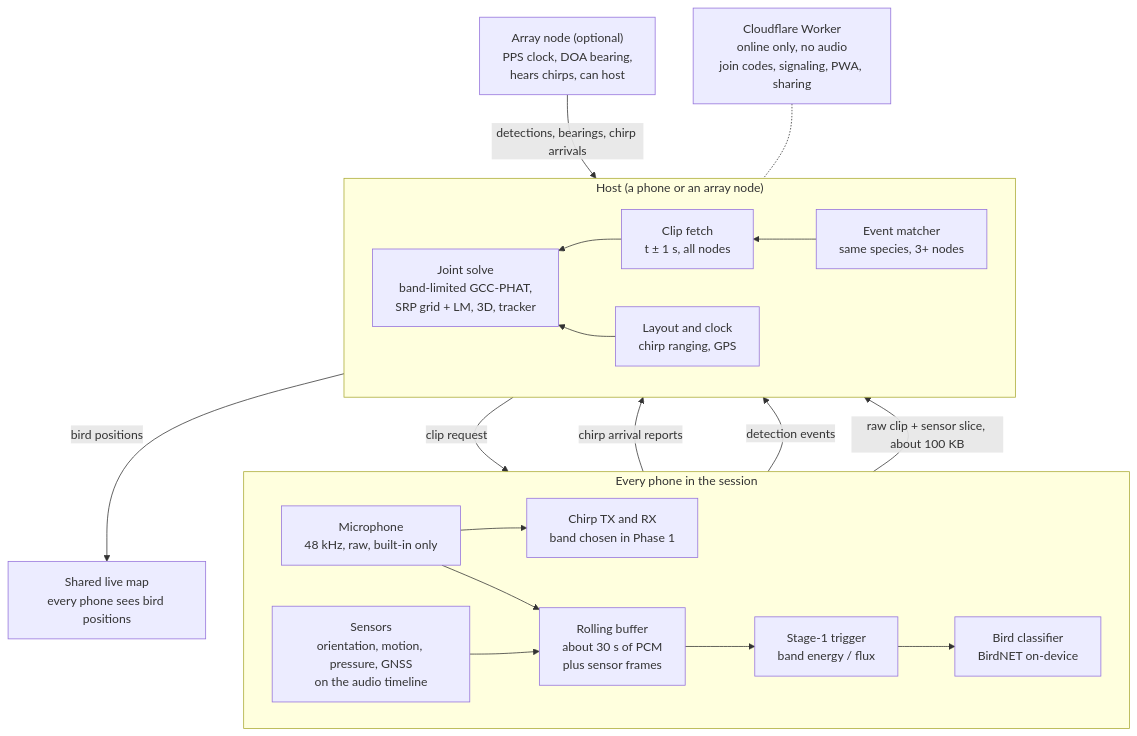
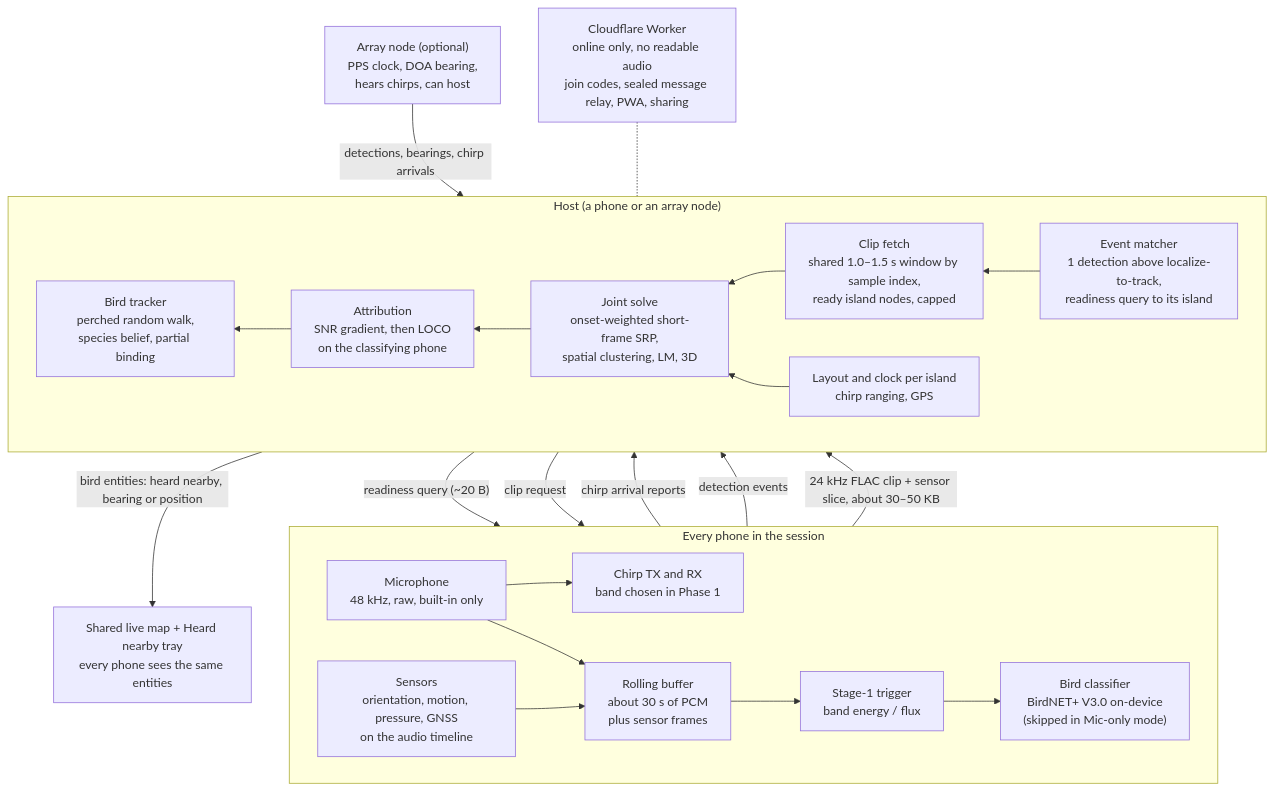
One commit to winedarksea/MinimapPR changed the diagram in docs/field_mode_phone_mesh_plan.md. Above: the diagram before and after it, drawn with Mermaid. The commit also changed other lines of this file and 2 other files, not shown here.

````diff
--- a/docs/field_mode_phone_mesh_plan.md
+++ b/docs/field_mode_phone_mesh_plan.md
@@ -63,32 +90,35 @@
 ```mermaid
 flowchart TB
   subgraph Phones["Every phone in the session"]
     direction LR
     chirp["Chirp TX and RX<br/>band chosen in Phase 1"]
     mic["Microphone<br/>48 kHz, raw, built-in only"]
     sens["Sensors<br/>orientation, motion, pressure, GNSS<br/>on the audio timeline"]
     buf["Rolling buffer<br/>about 30 s of PCM<br/>plus sensor frames"]
     trig["Stage-1 trigger<br/>band energy / flux"]
-    cls["Bird classifier<br/>BirdNET on-device"]
+    cls["Bird classifier<br/>BirdNET+ V3.0 on-device<br/>(skipped in Mic-only mode)"]
     mic --> chirp
     mic --> buf --> trig --> cls
     sens --> buf
   end
   arr["Array node (optional)<br/>PPS clock, DOA bearing,<br/>hears chirps, can host"]
   subgraph Host["Host (a phone or an array node)"]
     direction RL
-    match["Event matcher<br/>same species, 3+ nodes"]
-    fetch["Clip fetch<br/>t ± 1 s, all nodes"]
-    solve["Joint solve<br/>band-limited GCC-PHAT,<br/>SRP grid + LM, 3D, tracker"]
-    layout["Layout and clock<br/>chirp ranging, GPS"]
-    match --> fetch --> solve
+    match["Event matcher<br/>1 detection above localize-to-track,<br/>readiness query to its island"]
+    fetch["Clip fetch<br/>shared 1.0–1.5 s window by sample index,<br/>ready island nodes, capped"]
+    solve["Joint solve<br/>onset-weighted short-frame SRP,<br/>spatial clustering, LM, 3D"]
+    attr["Attribution<br/>SNR gradient, then LOCO<br/>on the classifying phone"]
+    track["Bird tracker<br/>perched random walk,<br/>species belief, partial binding"]
+    layout["Layout and clock per island<br/>chirp ranging, GPS"]
+    match --> fetch --> solve --> attr --> track
     layout --> solve
   end
   chirp -- "chirp arrival reports" --> layout
   cls -- "detection events" --> match
+  match -- "readiness query (~20 B)" --> trig
   fetch -- "clip request" --> buf
-  buf -- "raw clip + sensor slice, about 100 KB" --> fetch
+  buf -- "24 kHz FLAC clip + sensor slice, about 30–50 KB" --> fetch
   arr -- "detections, bearings, chirp arrivals" --> Host
-  solve -- "bird positions" --> map["Shared live map<br/>every phone sees bird positions"]
-  cf["Cloudflare Worker<br/>online only, no audio<br/>join codes, signaling, PWA, sharing"] -.- Host
+  track -- "bird entities: heard nearby, bearing or position" --> map["Shared live map + Heard nearby tray<br/>every phone sees the same entities"]
+  cf["Cloudflare Worker<br/>online only, no readable audio<br/>join codes, sealed message relay, PWA, sharing"] -.- Host
 ```
````
